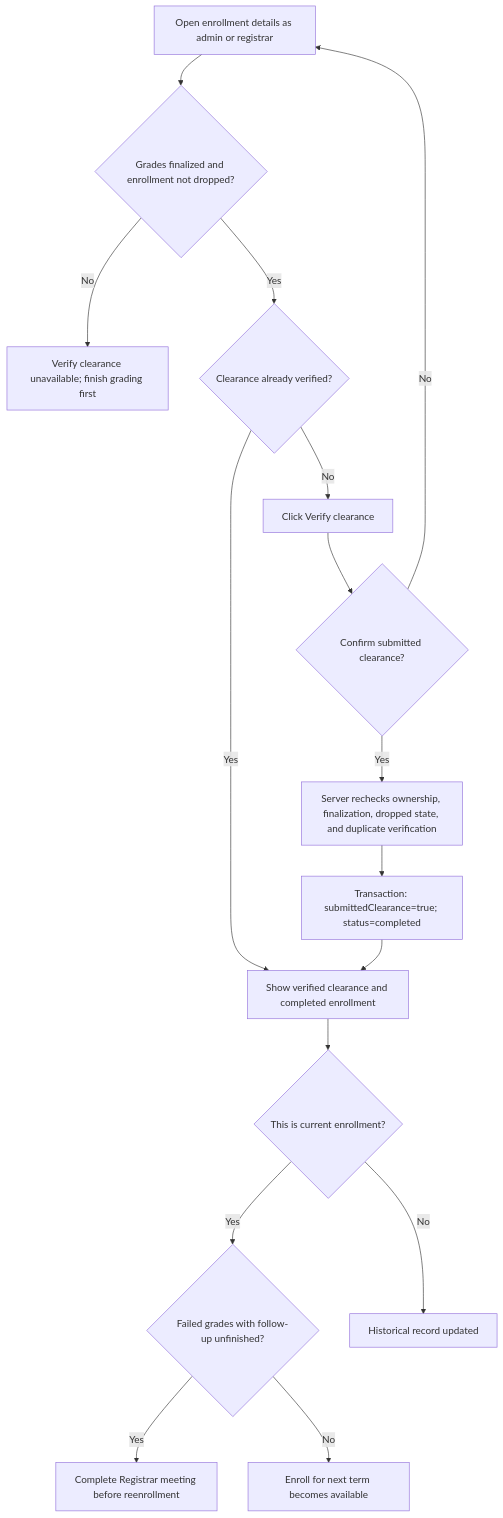
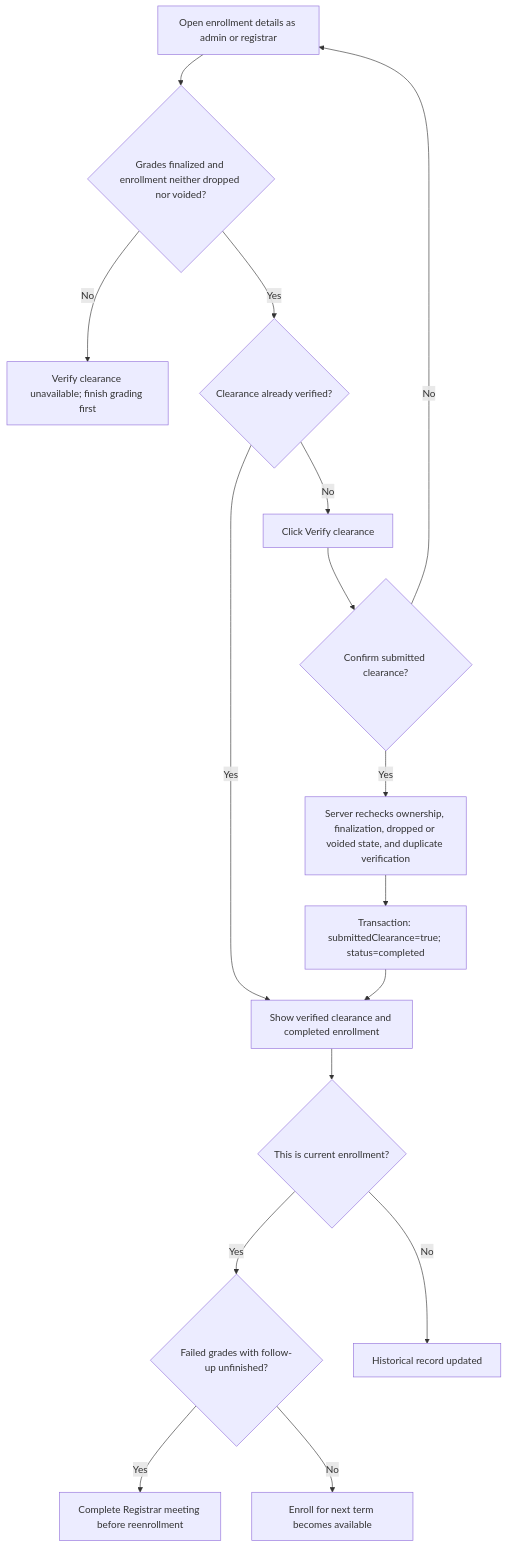
The ninth of 17 diagrams in docs/system-flows.md (AetherKnowledge/enrollment-system), drawn with Mermaid before and after one commit. The commit also changed other lines of this file and 36 other files, not shown here.

````diff
--- a/docs/system-flows.md
+++ b/docs/system-flows.md
@@ -297,18 +356,18 @@
 ```mermaid
 flowchart TD
-    View[Open enrollment details as admin or registrar] --> Final{Grades finalized and enrollment not dropped?}
+    View[Open enrollment details as admin or registrar] --> Final{Grades finalized and enrollment neither dropped nor voided?}
     Final -->|No| Wait[Verify clearance unavailable; finish grading first]
     Final -->|Yes| Verified{Clearance already verified?}
     Verified -->|Yes| Complete[Show verified clearance and completed enrollment]
     Verified -->|No| Click[Click Verify clearance]
     Click --> Confirm{Confirm submitted clearance?}
     Confirm -->|No| View
-    Confirm -->|Yes| Check[Server rechecks ownership, finalization, dropped state, and duplicate verification]
+    Confirm -->|Yes| Check[Server rechecks ownership, finalization, dropped or voided state, and duplicate verification]
     Check --> Commit[Transaction: submittedClearance=true; status=completed]
     Commit --> Complete
     Complete --> Current{This is current enrollment?}
     Current -->|Yes| Meeting{Failed grades with follow-up unfinished?}
     Meeting -->|Yes| FollowUp[Complete Registrar meeting before reenrollment]
     Meeting -->|No| Next[Enroll for next term becomes available]
     Current -->|No| History[Historical record updated]
 ```
````
